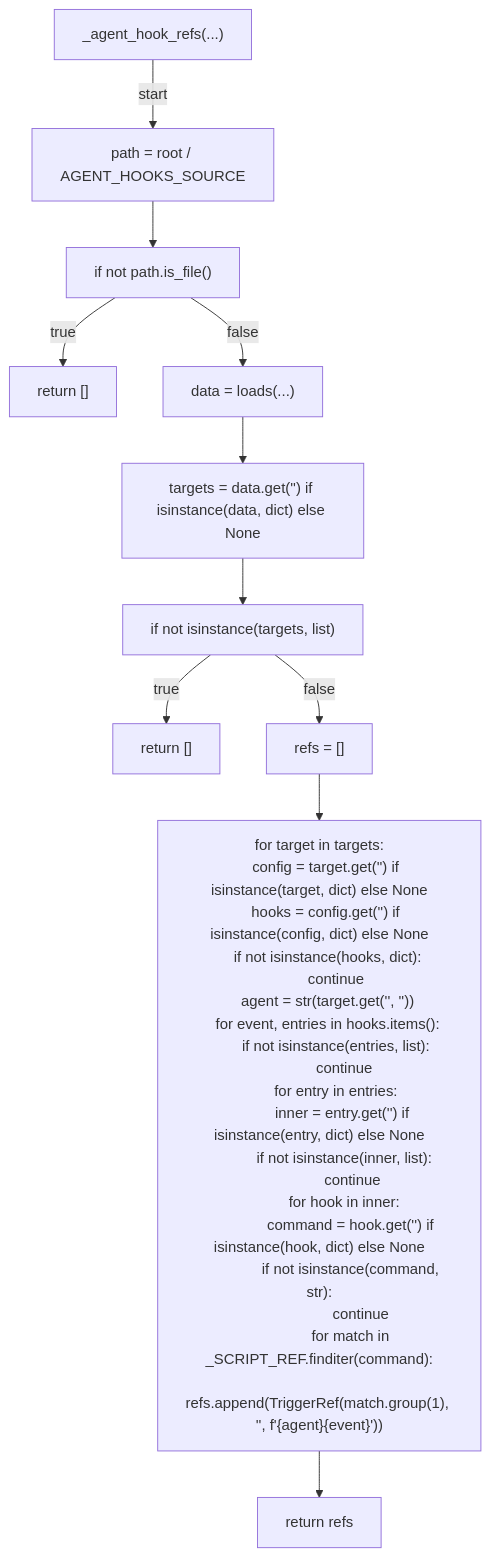
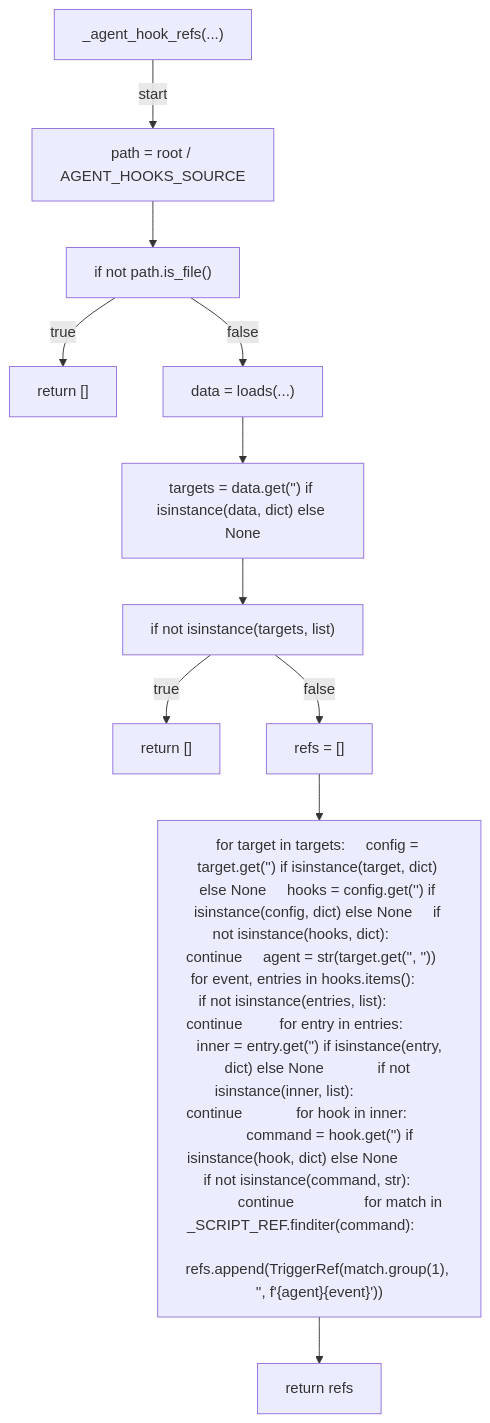
One commit to tvna/claude-md changed the seventh of 15 diagrams in docs/generated/scripts/ast/script_trigger_map.md. Above: the diagram before and after it, drawn with Mermaid. The commit also changed other lines of this file and 23 other files, not shown here.

First line of the commit message:
docs(generated): regenerate decision tree and workflow diagrams (batch 4/5)

````diff
--- a/docs/generated/scripts/ast/script_trigger_map.md
+++ b/docs/generated/scripts/ast/script_trigger_map.md
@@ -154,42 +109,24 @@
 ```mermaid
 flowchart TD
     N001["_agent_hook_refs(...)"]
     N002["path = root / AGENT_HOOKS_SOURCE"]
     N003["if not path.is_file()"]
     N004["return []"]
     N005["data = loads(...)"]
     N006["targets = data.get('<str>') if isinstance(data, dict) else None"]
     N007["if not isinstance(targets, list)"]
     N008["return []"]
     N009["refs = []"]
-    N010["for target in targets:
-    config = target.get('<str>') if isinstance(target, dict) else None
-    hooks = config.get('<str>') if isinstance(config, dict) else None
-    if not isinstance(hooks, dict):
-        continue
-    agent = str(target.get('<str>', '<str>'))
-    for event, entries in hooks.items():
-        if not isinstance(entries, list):
-            continue
-        for entry in entries:
-            inner = entry.get('<str>') if isinstance(entry, dict) else None
-            if not isinstance(inner, list):
-                continue
-            for hook in inner:
-                command = hook.get('<str>') if isinstance(hook, dict) else None
-                if not isinstance(command, str):
-                    continue
-                for match in _SCRIPT_REF.finditer(command):
-                    refs.append(TriggerRef(match.group(1), '<str>', f'{agent}<str>{event}'))"]
+    N010["for target in targets:     config = target.get('<str>') if isinstance(target, dict) else None     hooks = config.get('<str>') if isinstance(config, dict) else None     if not isinstance(hooks, dict):         continue     agent = str(target.get('<str>', '<str>'))     for event, entries in hooks.items():         if not isinstance(entries, list):             continue         for entry in entries:             inner = entry.get('<str>') if isinstance(entry, dict) else None             if not isinstance(inner, list):                 continue             for hook in inner:                 command = hook.get('<str>') if isinstance(hook, dict) else None                 if not isinstance(command, str):                     continue                 for match in _SCRIPT_REF.finditer(command):                     refs.append(TriggerRef(match.group(1), '<str>', f'{agent}<str>{event}'))"]
     N011["return refs"]
     N001 -->|"start"| N002
     N002 --> N003
     N003 -->|"true"| N004
     N003 -->|"false"| N005
     N005 --> N006
     N006 --> N007
     N007 -->|"true"| N008
     N007 -->|"false"| N009
     N009 --> N010
     N010 --> N011
 ```
````
